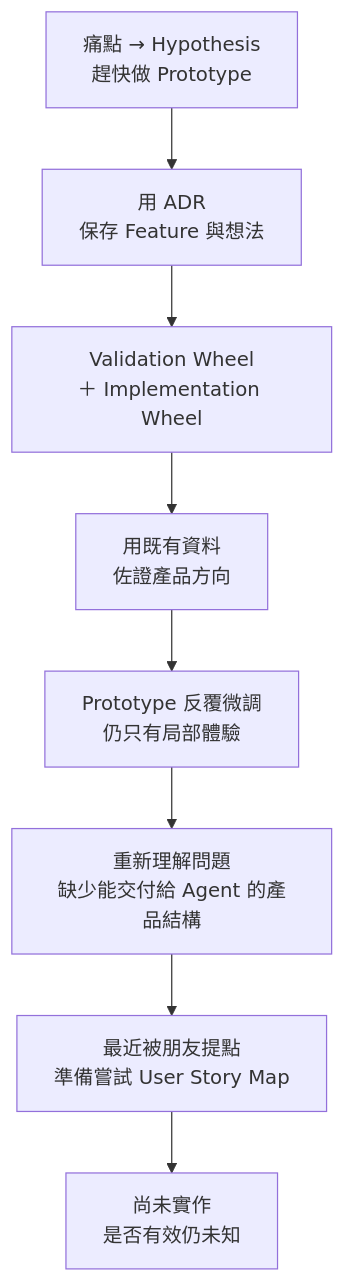
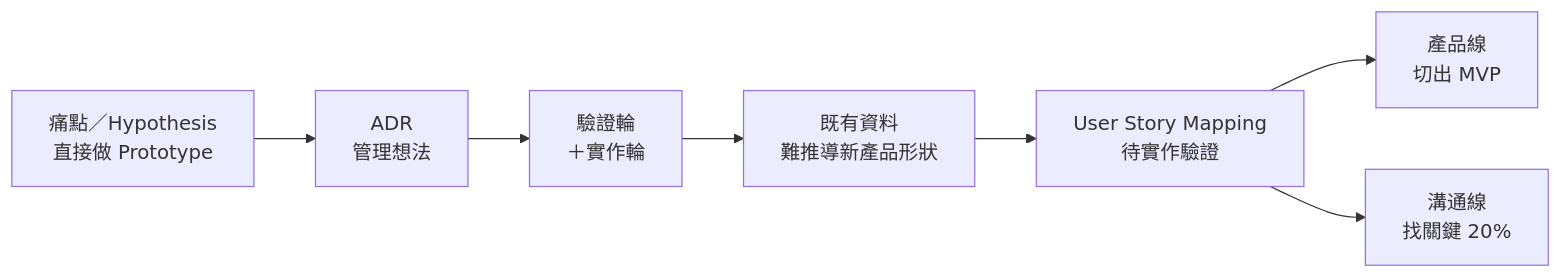
The first of 2 diagrams in README.md (WilliamCHIU-ETH/3week-mental-map), drawn with Mermaid before and after one commit. The commit also changed other lines of this file and 1 other file, not shown here.

Commit message:
Add supervisor mental map

````diff
--- a/README.md
+++ b/README.md
@@ -9,10 +9,13 @@
 ```mermaid
-flowchart TB
-    A["痛點 → Hypothesis<br/>趕快做 Prototype"] --> B["用 ADR<br/>保存 Feature 與想法"]
-    B --> C["Validation Wheel<br/>＋ Implementation Wheel"]
-    C --> D["用既有資料<br/>佐證產品方向"]
-    D --> E["Prototype 反覆微調<br/>仍只有局部體驗"]
-    E --> F["重新理解問題<br/>缺少能交付給 Agent 的產品結構"]
-    F --> G["最近被朋友提點<br/>準備嘗試 User Story Map"]
-    G --> H["尚未實作<br/>是否有效仍未知"]
+flowchart LR
+    A["痛點／Hypothesis<br/>直接做 Prototype"]
+    B["ADR<br/>管理想法"]
+    C["驗證輪<br/>＋實作輪"]
+    D["既有資料<br/>難推導新產品形狀"]
+    E["User Story Mapping<br/>待實作驗證"]
+
+    A --> B --> C --> D --> E
+
+    E --> F["產品線<br/>切出 MVP"]
+    E --> G["溝通線<br/>找關鍵 20%"]
 ```
````
